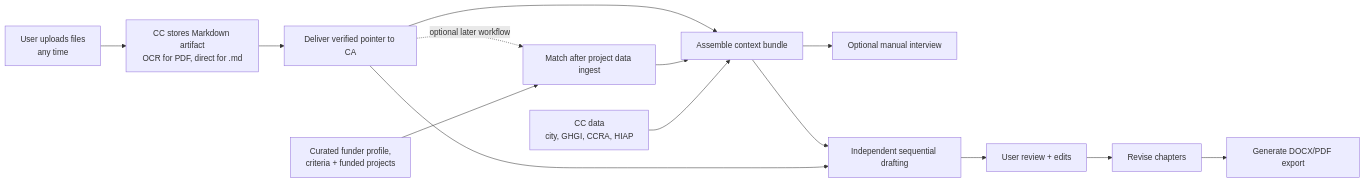
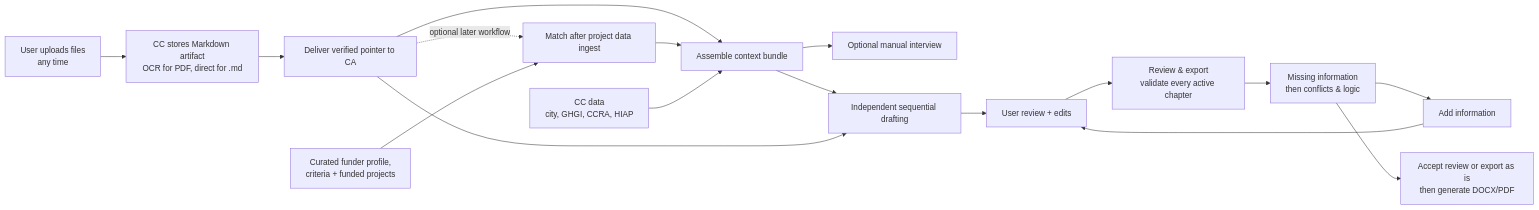
The second of 14 diagrams in docs/ConceptNoteBuilderArchitecture.md (Open-Earth-Foundation/CityCatalyst), drawn with Mermaid before and after one commit. The commit also changed other lines of this file and 45 other files, not shown here.

Commit message:
feat(cnb): add final chapter validation and export review

````diff
--- a/docs/ConceptNoteBuilderArchitecture.md
+++ b/docs/ConceptNoteBuilderArchitecture.md
@@ -190,20 +193,23 @@
 ```mermaid
 flowchart LR
     Context["Assemble context bundle"]
     Context --> Interview["Optional manual interview"]
     Context --> Draft["Independent sequential drafting"]
     Draft --> Review["User review + edits"]
-    Review --> Revise["Revise chapters"]
-    Revise --> Export["Generate DOCX/PDF export"]
+    Review --> Validate["Review & export<br/>validate every active chapter"]
+    Validate --> Decision["Missing information<br/>then conflicts & logic"]
+    Decision --> Revise["Add information"]
+    Revise --> Review
+    Decision --> Export["Accept review or export as is<br/>then generate DOCX/PDF"]
 
     Upload["User uploads files<br/>any time"] --> Convert["CC stores Markdown artifact<br/>OCR for PDF, direct for .md"]
     Convert --> Ingest["Deliver verified pointer to CA"]
     Ingest --> Context
     Ingest --> Draft
 
     Ingest -. optional later workflow .-> Match["Match after project data ingest"]
     Research["Curated funder profile,<br/>criteria + funded projects"] --> Match
     Match --> Context
 
     CCData["CC data<br/>city, GHGI, CCRA, HIAP"] --> Context
 ```
````
